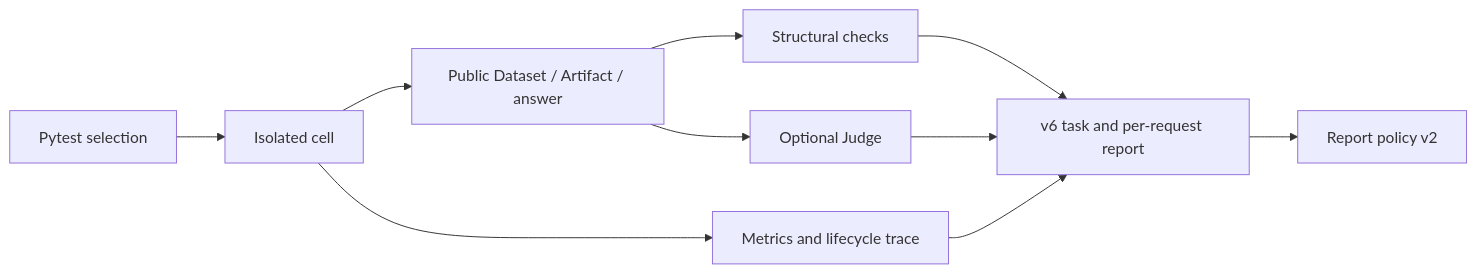
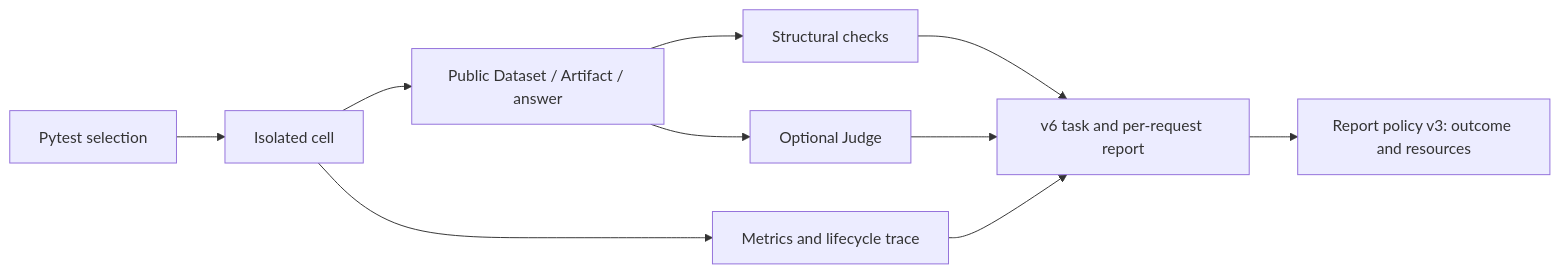
One commit to xiaoland/Xenix changed the diagram in docs/30-unit-tdd/agent-harness-benchmark.md. Above: the diagram before and after it, drawn with Mermaid. The commit also changed other lines of this file and 18 other files, not shown here.

````diff
--- a/docs/30-unit-tdd/agent-harness-benchmark.md
+++ b/docs/30-unit-tdd/agent-harness-benchmark.md
@@ -15,12 +15,12 @@
 ```mermaid
 flowchart LR
     P[Pytest selection] --> C[Isolated cell]
     C --> O[Public Dataset / Artifact / answer]
     O --> D[Structural checks]
     O --> J[Optional Judge]
     D --> R[v6 task and per-request report]
     J --> R
     C --> T[Metrics and lifecycle trace]
     T --> R
-    R --> E[Report policy v2]
+    R --> E[Report policy v3: outcome and resources]
 ```
````
